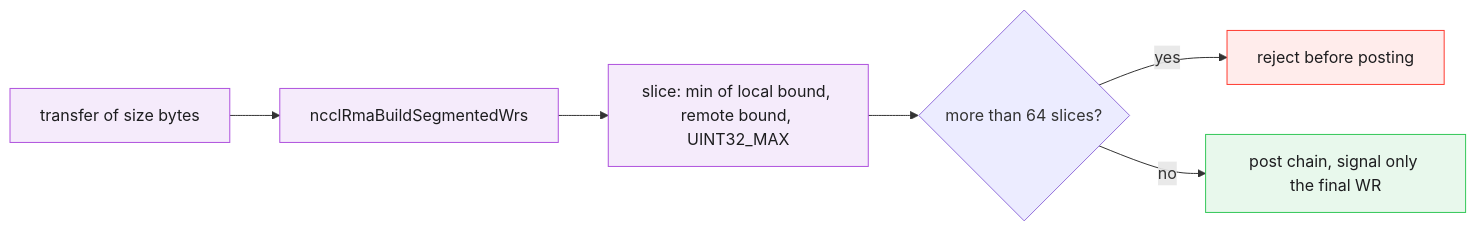
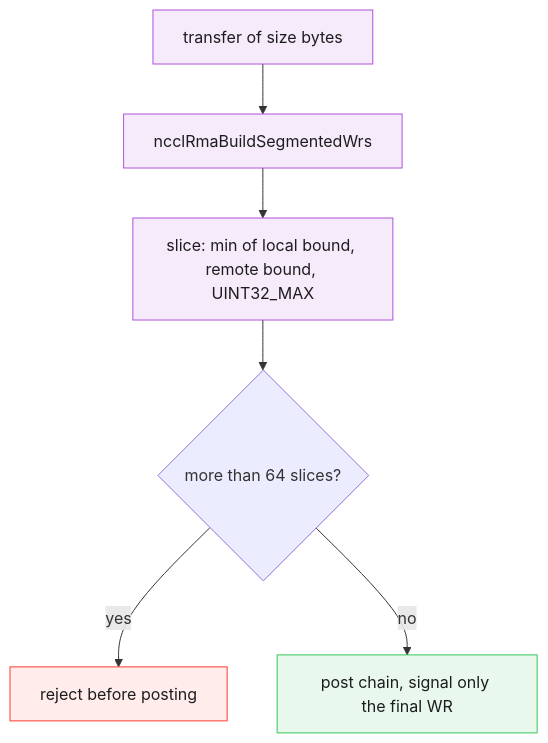
The fourth of 6 diagrams in projects/rccl/docs/design/multi_segment_gin_rma.md (ROCm/rocm-systems), drawn with Mermaid before and after one commit. The commit also changed other lines of this file and 18 other files, not shown here.

First line of the commit message:
docs: add new design diagrams and an AMD-style book build

````diff
--- a/projects/rccl/docs/design/multi_segment_gin_rma.md
+++ b/projects/rccl/docs/design/multi_segment_gin_rma.md
@@ -134,14 +166,15 @@
 ```mermaid
-flowchart LR
+%% caption: Segmented WR builder: slice, bound check, and final-WR signaling
+flowchart TD
  t["transfer of size bytes"] --> b["ncclRmaBuildSegmentedWrs"]
  b --> s["slice: min of local bound, remote bound, UINT32_MAX"]
  s --> more{"more than 64 slices?"}
  more -->|yes| rej["reject before posting"]
  more -->|no| sig["post chain, signal only the final WR"]
  classDef rma fill:#f5ebfb,stroke:#af52de,color:#1d1d1f
  classDef okpath fill:#e8f8ec,stroke:#34c759,color:#1d1d1f
  classDef failpath fill:#ffeceb,stroke:#ff3b30,color:#1d1d1f
  class t,b,s rma
  class sig okpath
  class rej failpath
 ```
````
